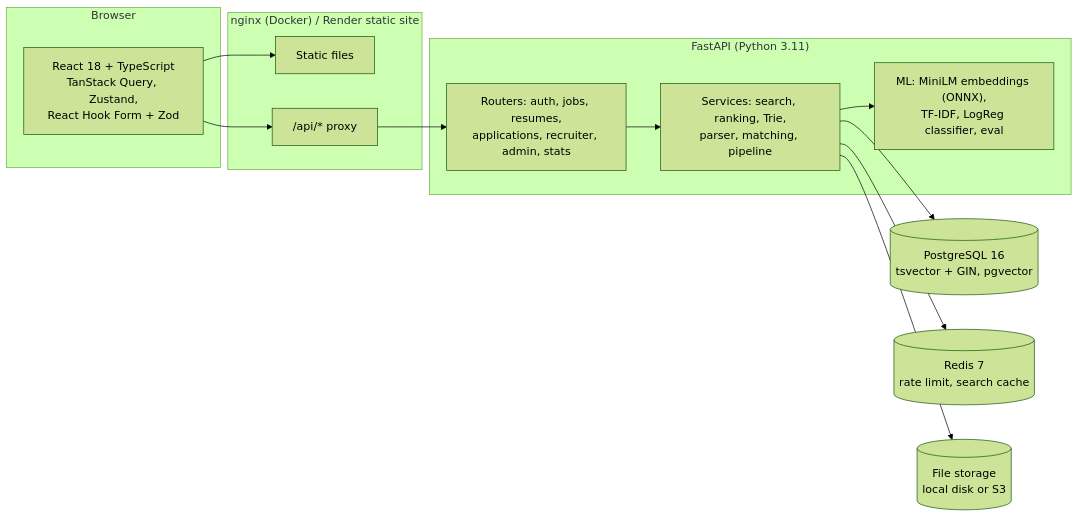
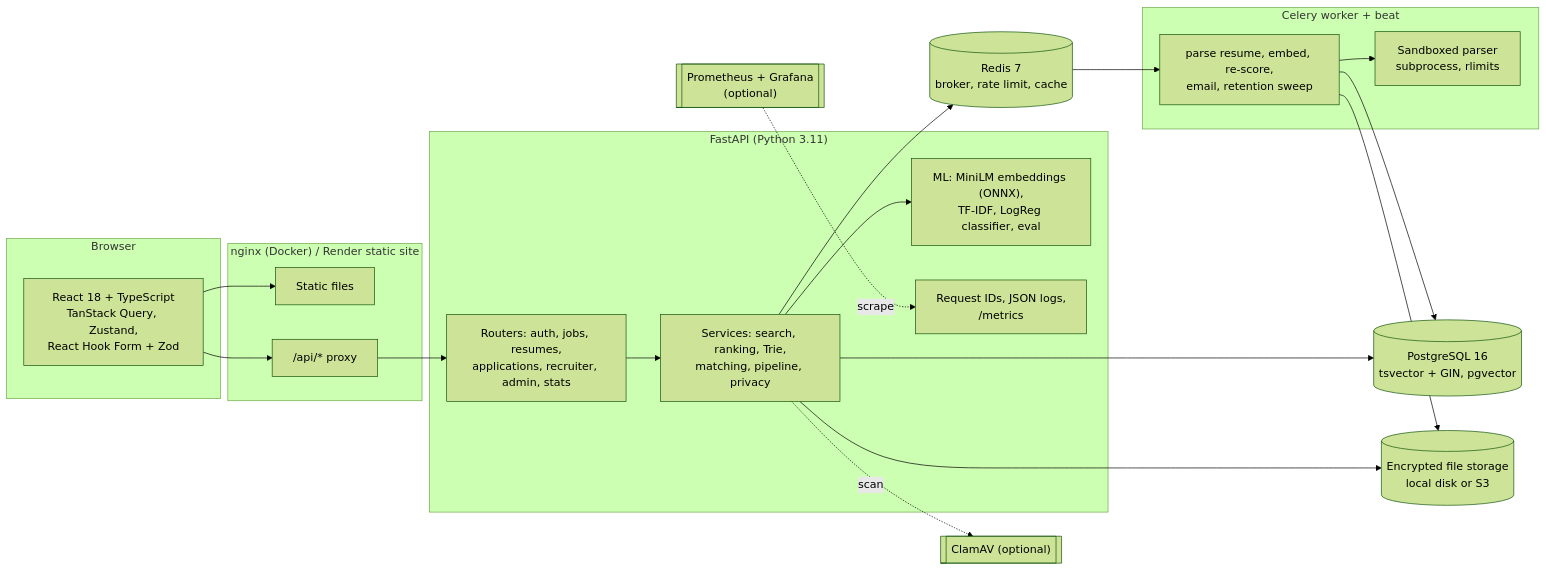
The diagram in README.md (Saipavanavsp/hike), drawn with Mermaid (forest theme) before and after one commit. The commit also changed other lines of this file and 9 other files, not shown here.

Commit message:
docs: README sections for background jobs, privacy and security, observability and the holdout evaluation; Render free-plan settings, retention on start, refreshed screenshots

````diff
--- a/README.md
+++ b/README.md
@@ -64,28 +71,41 @@
 ```mermaid
 flowchart LR
     subgraph Browser
         SPA["React 18 + TypeScript<br/>TanStack Query, Zustand,<br/>React Hook Form + Zod"]
     end
 
     subgraph Edge["nginx (Docker) / Render static site"]
         Static["Static files"]
         Proxy["/api/* proxy"]
     end
 
     subgraph API["FastAPI (Python 3.11)"]
         Routers["Routers: auth, jobs, resumes,<br/>applications, recruiter, admin, stats"]
-        Services["Services: search, ranking, Trie,<br/>parser, matching, pipeline"]
+        Services["Services: search, ranking, Trie,<br/>matching, pipeline, privacy"]
         ML["ML: MiniLM embeddings (ONNX),<br/>TF-IDF, LogReg classifier, eval"]
+        Obs["Request IDs, JSON logs,<br/>/metrics"]
+    end
+
+    subgraph Worker["Celery worker + beat"]
+        Tasks["parse resume, embed, re-score,<br/>email, retention sweep"]
+        Sandbox["Sandboxed parser<br/>subprocess, rlimits"]
     end
 
     PG[("PostgreSQL 16<br/>tsvector + GIN, pgvector")]
-    Redis[("Redis 7<br/>rate limit, search cache")]
-    Store[("File storage<br/>local disk or S3")]
+    Redis[("Redis 7<br/>broker, rate limit, cache")]
+    Store[("Encrypted file storage<br/>local disk or S3")]
+    ClamAV[["ClamAV (optional)"]]
+    Prom[["Prometheus + Grafana<br/>(optional)"]]
 
     SPA --> Static
     SPA --> Proxy --> Routers
     Routers --> Services --> ML
     Services --> PG
     Services --> Redis
     Services --> Store
+    Services -. scan .-> ClamAV
+    Redis --> Tasks --> Sandbox
+    Tasks --> PG
+    Tasks --> Store
+    Prom -. scrape .-> Obs
 ```
````
